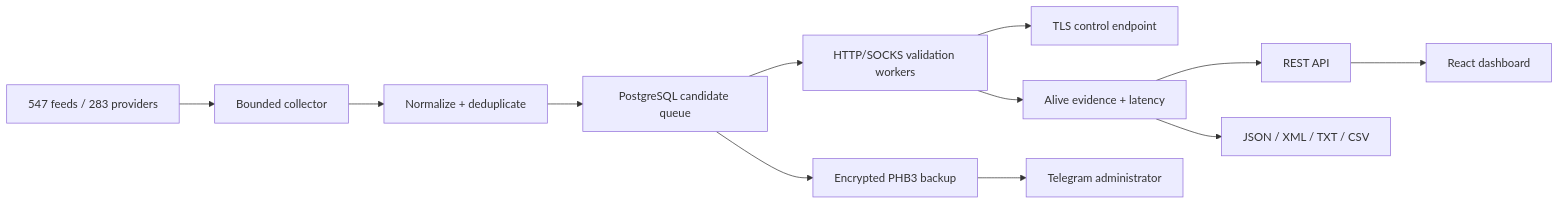
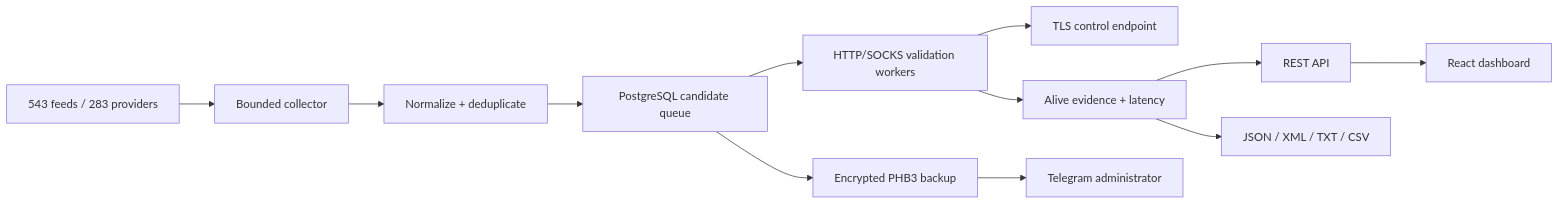
One commit to Xsenus/ProxyHarbor changed the diagram in README.md. Above: the diagram before and after it, drawn with Mermaid. The commit also changed other lines of this file and 25 other files, not shown here.

````diff
--- a/README.md
+++ b/README.md
@@ -48,14 +48,14 @@
 ```mermaid
 flowchart LR
-    A["547 feeds / 283 providers"] --> B["Bounded collector"]
+    A["543 feeds / 283 providers"] --> B["Bounded collector"]
     B --> C["Normalize + deduplicate"]
     C --> D["PostgreSQL candidate queue"]
     D --> E["HTTP/SOCKS validation workers"]
     E --> F["TLS control endpoint"]
     E --> G["Alive evidence + latency"]
     G --> H["REST API"]
     G --> I["JSON / XML / TXT / CSV"]
     H --> J["React dashboard"]
     D --> K["Encrypted PHB3 backup"]
     K --> L["Telegram administrator"]
 ```
````
